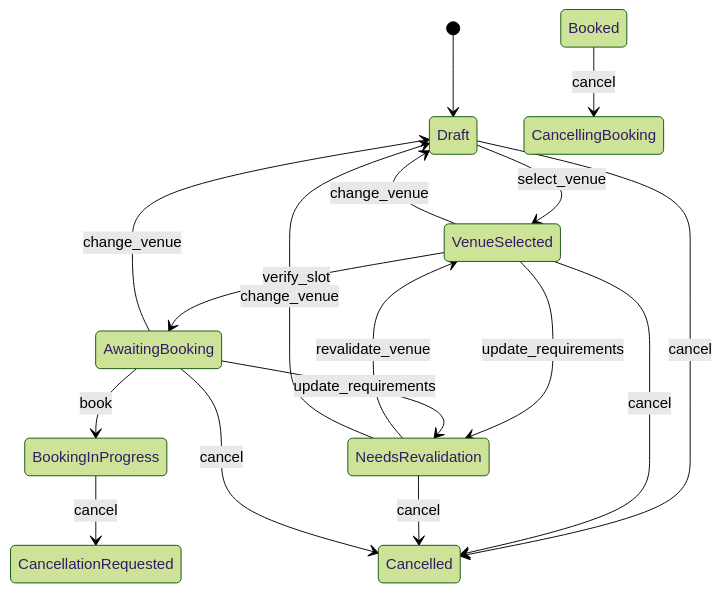
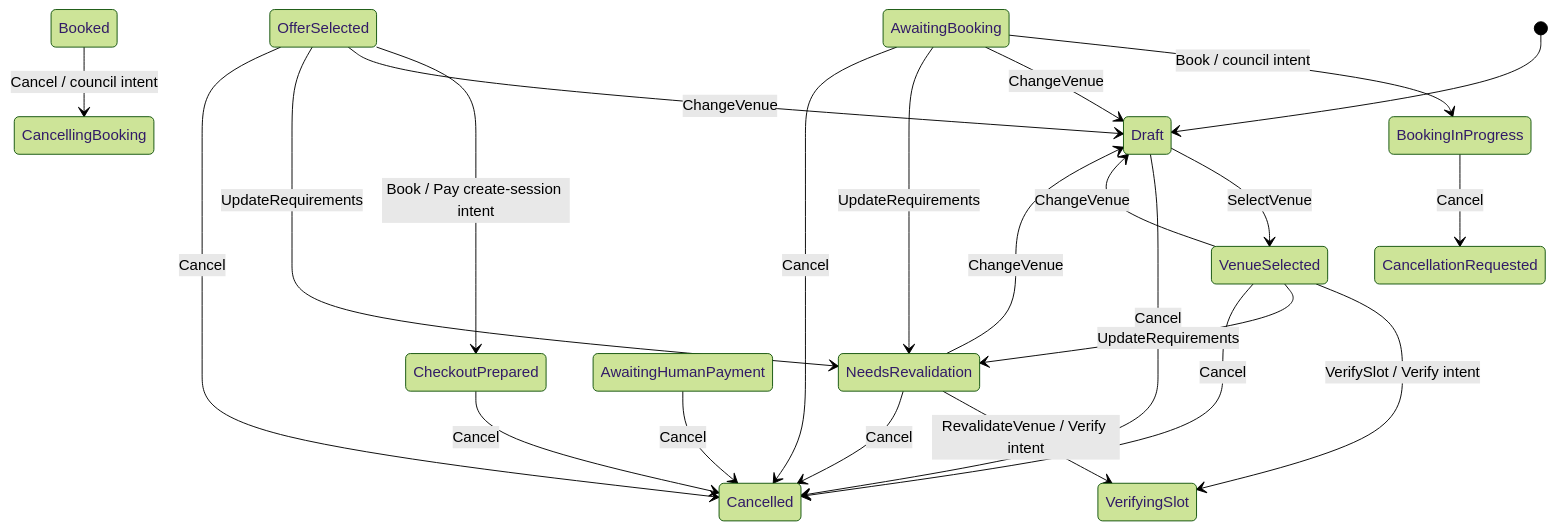
Before and after one commit to saibaneer/bld-townhall: the first of 2 diagrams in docs/state-machine.md, drawn with Mermaid (forest theme). The commit also changed other lines of this file and 21 other files, not shown here.

````diff
--- a/docs/state-machine.md
+++ b/docs/state-machine.md
@@ -14,23 +13,30 @@
 ```mermaid
 stateDiagram-v2
     [*] --> Draft
-    Draft --> VenueSelected: select_venue
-    Draft --> Cancelled: cancel
+    Draft --> VenueSelected: SelectVenue
+    Draft --> Cancelled: Cancel
 
-    VenueSelected --> AwaitingBooking: verify_slot
-    VenueSelected --> Draft: change_venue
-    VenueSelected --> NeedsRevalidation: update_requirements
-    VenueSelected --> Cancelled: cancel
+    VenueSelected --> VerifyingSlot: VerifySlot / Verify intent
+    VenueSelected --> Draft: ChangeVenue
+    VenueSelected --> NeedsRevalidation: UpdateRequirements
+    VenueSelected --> Cancelled: Cancel
 
-    NeedsRevalidation --> VenueSelected: revalidate_venue
-    NeedsRevalidation --> Draft: change_venue
-    NeedsRevalidation --> Cancelled: cancel
+    NeedsRevalidation --> VerifyingSlot: RevalidateVenue / Verify intent
+    NeedsRevalidation --> Draft: ChangeVenue
+    NeedsRevalidation --> Cancelled: Cancel
 
-    AwaitingBooking --> BookingInProgress: book
-    AwaitingBooking --> Draft: change_venue
-    AwaitingBooking --> NeedsRevalidation: update_requirements
-    AwaitingBooking --> Cancelled: cancel
+    AwaitingBooking --> BookingInProgress: Book / council intent
+    AwaitingBooking --> Draft: ChangeVenue
+    AwaitingBooking --> NeedsRevalidation: UpdateRequirements
+    AwaitingBooking --> Cancelled: Cancel
 
-    BookingInProgress --> CancellationRequested: cancel
-    Booked --> CancellingBooking: cancel
+    OfferSelected --> CheckoutPrepared: Book / Pay create-session intent
+    OfferSelected --> Draft: ChangeVenue
+    OfferSelected --> NeedsRevalidation: UpdateRequirements
+    OfferSelected --> Cancelled: Cancel
+
+    CheckoutPrepared --> Cancelled: Cancel
+    AwaitingHumanPayment --> Cancelled: Cancel
+    BookingInProgress --> CancellationRequested: Cancel
+    Booked --> CancellingBooking: Cancel / council intent
 ```
````
